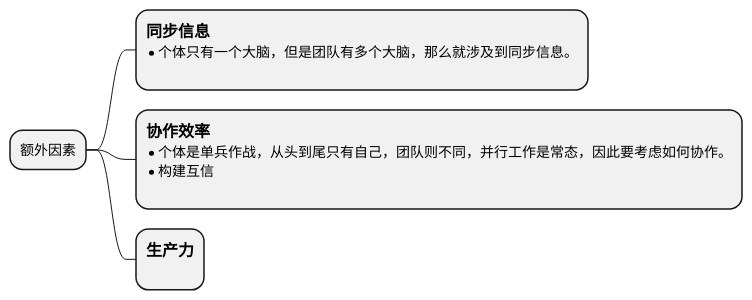
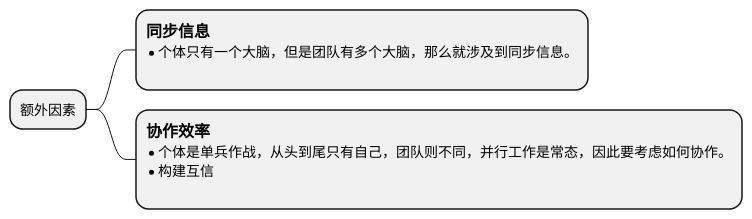
One commit to lem-org/lem-org.github.io changed the seventh of 12 diagrams in content/insights/what_is_agile/index.zh-cn.raw.md. Above: the diagram before and after it, drawn with PlantUML. The commit also changed other lines of this file and 14 other files, not shown here.

````diff
--- a/content/insights/what_is_agile/index.zh-cn.raw.md
+++ b/content/insights/what_is_agile/index.zh-cn.raw.md
@@ -92,17 +129,15 @@
 ```plantuml
 @startmindmap
 * 额外因素
 
 **:==同步信息
 * 个体只有一个大脑，但是团队有多个大脑，那么就涉及到同步信息。
 ;
 
 **:==协作效率
 * 个体是单兵作战，从头到尾只有自己，团队则不同，并行工作是常态，因此要考虑如何协作。
 * 构建互信
 ;
 
-**:==生产力
-;
 @endmindmap
 ```
````
